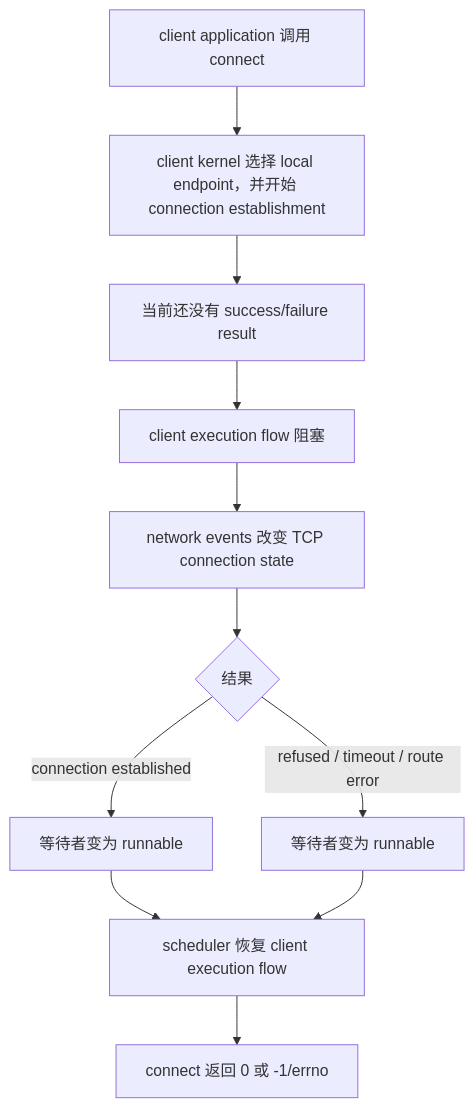
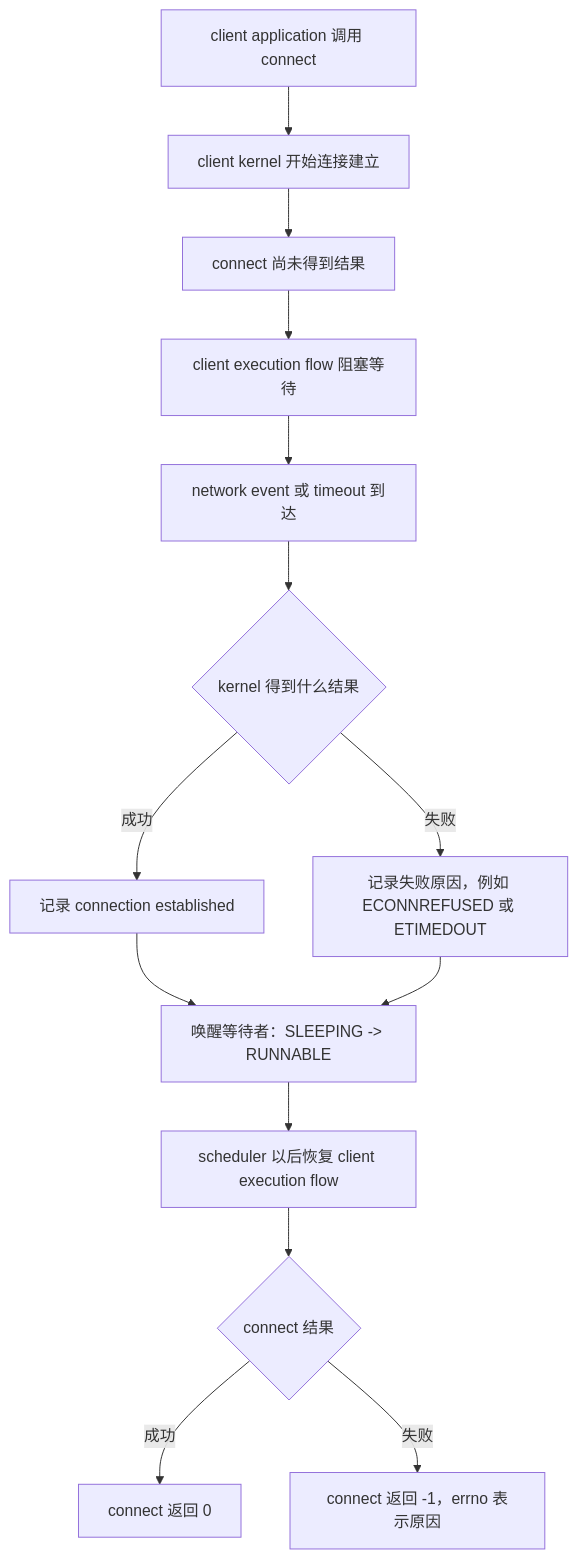
One commit to FxorG00/system-learning-notes changed the third of 7 diagrams in week6/day5/day5.md. Above: the diagram before and after it, drawn with Mermaid. The commit also changed other lines of this file and 5 other files, not shown here.

````diff
--- a/week6/day5/day5.md
+++ b/week6/day5/day5.md
@@ -780,13 +782,20 @@
 ```mermaid
 flowchart TD
-    A["client application 调用 connect"] --> B["client kernel 选择 local endpoint，并开始 connection establishment"]
-    B --> C["当前还没有 success/failure result"]
-    C --> D["client execution flow 阻塞"]
-    D --> E["network events 改变 TCP connection state"]
-    E --> F{"结果"}
-    F -- "connection established" --> G["等待者变为 runnable"]
-    F -- "refused / timeout / route error" --> H["等待者变为 runnable"]
-    G --> I["scheduler 恢复 client execution flow"]
+    A["client application 调用 connect"] --> B["client kernel 开始连接建立"]
+    B --> C["connect 尚未得到结果"]
+    C --> D["client execution flow 阻塞等待"]
+
+    D --> E["network event 或 timeout 到达"]
+    E --> F{"kernel 得到什么结果"}
+
+    F -- "成功" --> G["记录 connection established"]
+    F -- "失败" --> H["记录失败原因，例如 ECONNREFUSED 或 ETIMEDOUT"]
+
+    G --> I["唤醒等待者：SLEEPING -> RUNNABLE"]
     H --> I
-    I --> J["connect 返回 0 或 -1/errno"]
+
+    I --> J["scheduler 以后恢复 client execution flow"]
+    J --> K{"connect 结果"}
+    K -- "成功" --> L["connect 返回 0"]
+    K -- "失败" --> M["connect 返回 -1，errno 表示原因"]
 ```
````
